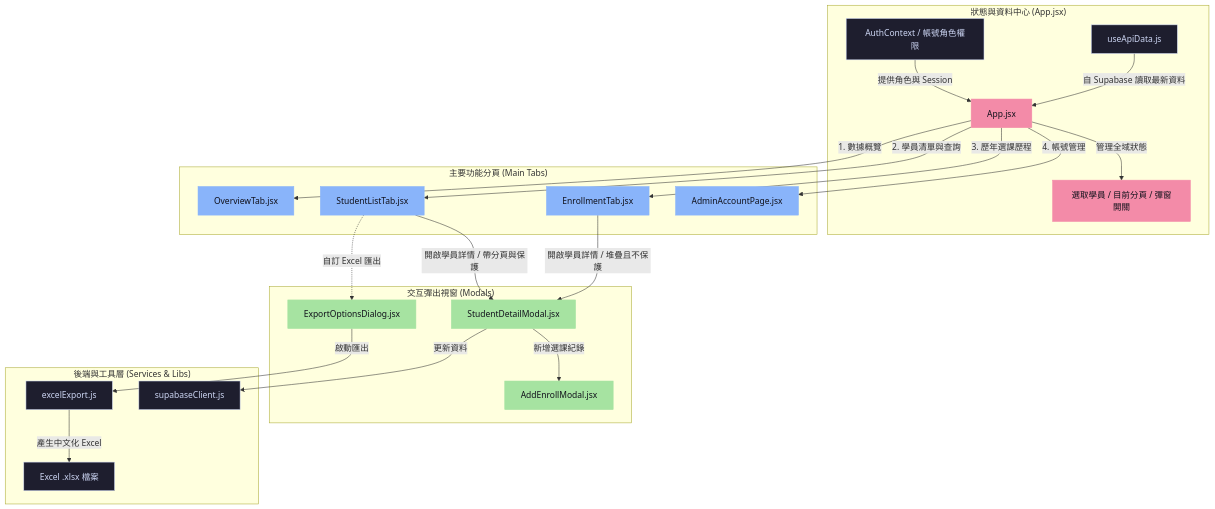
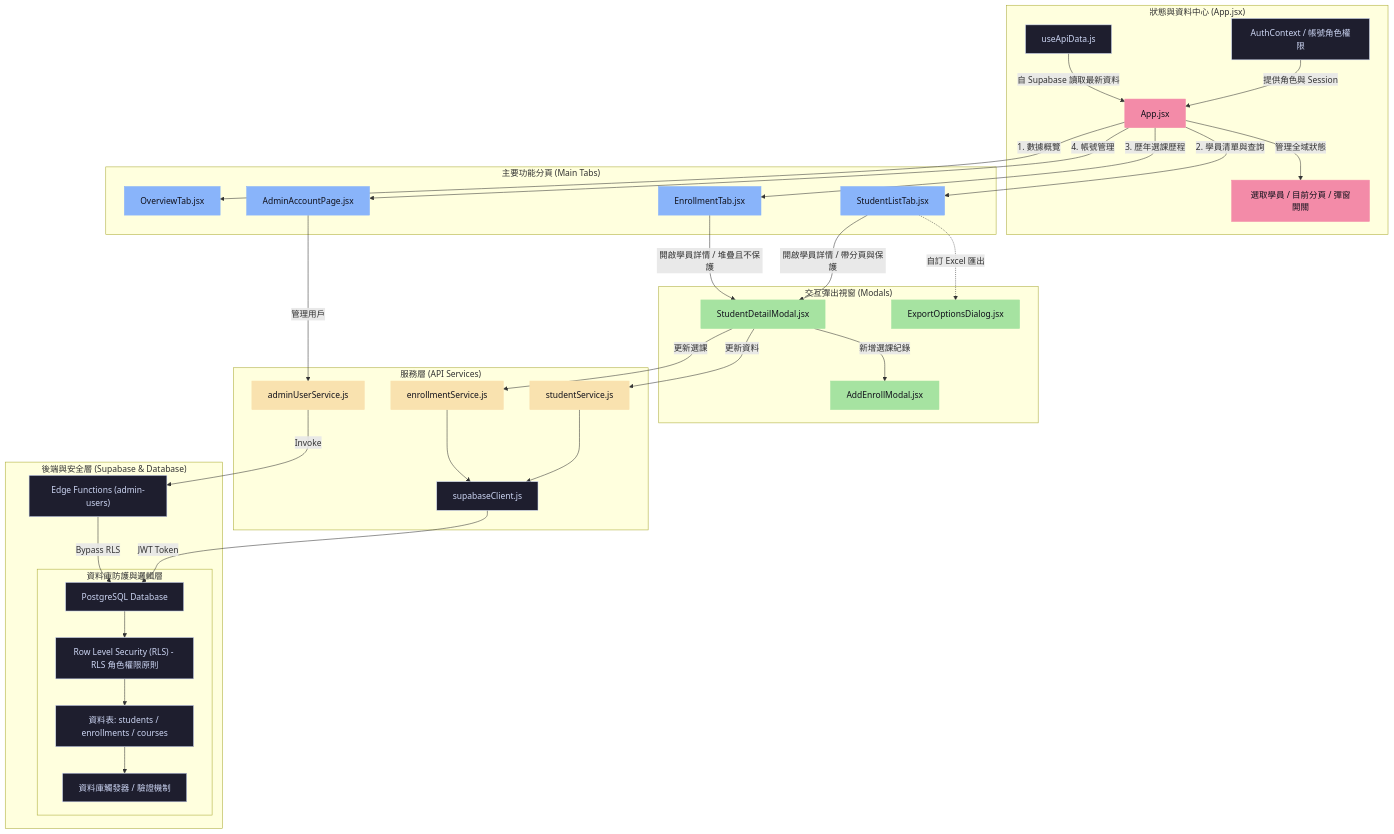
The first of 4 diagrams in 架構.md (TWTooru/ChanghuaYMCA_SeniorMenberSystem), drawn with Mermaid before and after one commit. The commit also changed other lines of this file and 5 other files, not shown here.

Commit message:
docs: spec for enrollment refund status toggle in billing modal

````diff
--- a/架構.md
+++ b/架構.md
@@ -11,39 +37,55 @@
 ```mermaid
 graph TD
     subgraph subApp ["狀態與資料中心 (App.jsx)"]
         App[App.jsx]
         Auth["AuthContext / 帳號角色權限"] -->|提供角色與 Session| App
         Api[useApiData.js] -->|自 Supabase 讀取最新資料| App
         App -->|管理全域狀態| State["選取學員 / 目前分頁 / 彈窗開關"]
     end
 
     subgraph subTabs ["主要功能分頁 (Main Tabs)"]
         App -->|1. 數據概覽| Overview[OverviewTab.jsx]
         App -->|2. 學員清單與查詢| StudentTab[StudentListTab.jsx]
         App -->|3. 歷年選課歷程| EnrollTab[EnrollmentTab.jsx]
         App -->|4. 帳號管理| AdminPage[AdminAccountPage.jsx]
     end
 
     subgraph subModals ["交互彈出視窗 (Modals)"]
         StudentTab -->|開啟學員詳情 / 帶分頁與保護| DetailModal[StudentDetailModal.jsx]
         EnrollTab -->|開啟學員詳情 / 堆疊且不保護| DetailModal
         
         StudentTab -.->|自訂 Excel 匯出| ExportModal[ExportOptionsDialog.jsx]
         DetailModal -->|新增選課紀錄| AddEnroll[AddEnrollModal.jsx]
     end
 
-    subgraph subBackend ["後端與工具層 (Services & Libs)"]
-        ExportModal -->|啟動匯出| ExcelLib[excelExport.js]
-        ExcelLib -->|產生中文化 Excel| File["Excel .xlsx 檔案"]
-        DetailModal -->|更新資料| SupabaseClient[supabaseClient.js]
+    subgraph subServices ["服務層 (API Services)"]
+        DetailModal -->|更新資料| StudentServ[studentService.js]
+        DetailModal -->|更新選課| EnrollServ[enrollmentService.js]
+        AdminPage -->|管理用戶| AdminServ[adminUserService.js]
+        
+        StudentServ & EnrollServ --> SupabaseClient[supabaseClient.js]
+    end
+
+    subgraph subBackend ["後端與安全層 (Supabase & Database)"]
+        SupabaseClient -->|JWT Token| DB[PostgreSQL Database]
+        AdminServ -->|Invoke| EdgeFunc["Edge Functions (admin-users)"]
+        EdgeFunc -->|Bypass RLS| DB
+        
+        subgraph subDbGuard ["資料庫防護與邏輯層"]
+            DB --> RLS["Row Level Security (RLS) - RLS 角色權限原則"]
+            RLS --> Tables["資料表: students / enrollments / courses"]
+            Tables --> DBTriggers["資料庫觸發器 / 驗證機制"]
+        end
     end
 
     classDef default fill:#1e1e2e,stroke:#cdd6f4,stroke-width:1px,color:#cdd6f4;
     classDef highlight fill:#f38ba8,stroke:#f38ba8,stroke-width:1px,color:#11111b;
     classDef tab fill:#89b4fa,stroke:#89b4fa,stroke-width:1px,color:#11111b;
     classDef modal fill:#a6e3a1,stroke:#a6e3a1,stroke-width:1px,color:#11111b;
+    classDef service fill:#f9e2af,stroke:#f9e2af,stroke-width:1px,color:#11111b;
 
     class App,State highlight;
     class Overview,StudentTab,EnrollTab,AdminPage tab;
     class DetailModal,ExportModal,AddEnroll modal;
+    class StudentServ,EnrollServ,AdminServ service;
 ```
````
